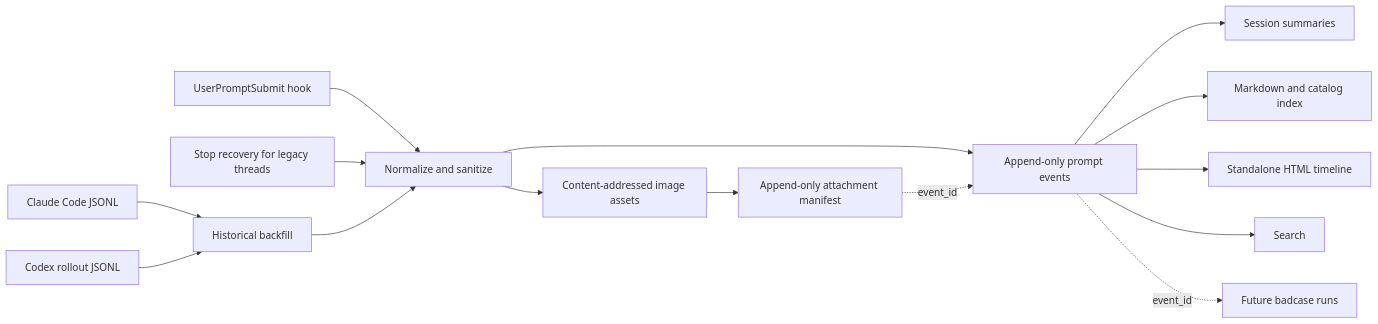
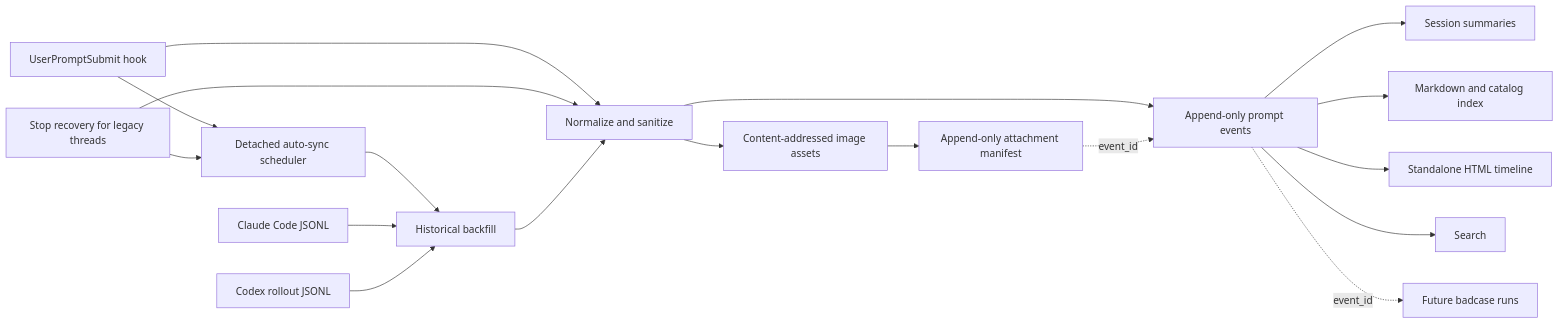
The diagram in references/architecture.md (24kchengYe/prompt-harness), drawn with Mermaid before and after one commit. The commit also changed other lines of this file and 9 other files, not shown here.

````diff
--- a/references/architecture.md
+++ b/references/architecture.md
@@ -3,17 +3,20 @@
 ```mermaid
 flowchart LR
   H["UserPromptSubmit hook"] --> N["Normalize and sanitize"]
   T["Stop recovery for legacy threads"] --> N
+  H --> D["Detached auto-sync scheduler"]
+  T --> D
+  D --> B
   C["Claude Code JSONL"] --> B["Historical backfill"]
   X["Codex rollout JSONL"] --> B
   B --> N
   N --> E["Append-only prompt events"]
   N --> A["Content-addressed image assets"]
   A --> L["Append-only attachment manifest"]
   L -. event_id .-> E
   E --> S["Session summaries"]
   E --> I["Markdown and catalog index"]
   E --> V["Standalone HTML timeline"]
   E --> Q["Search"]
   E -. event_id .-> R["Future badcase runs"]
 ```
````
